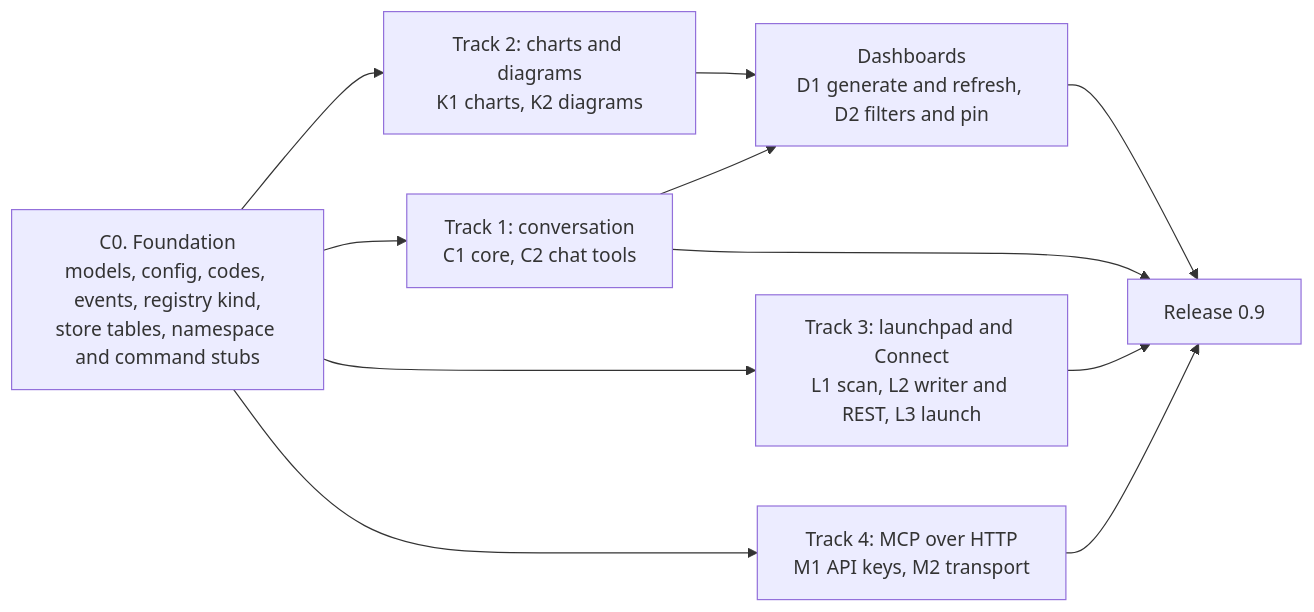
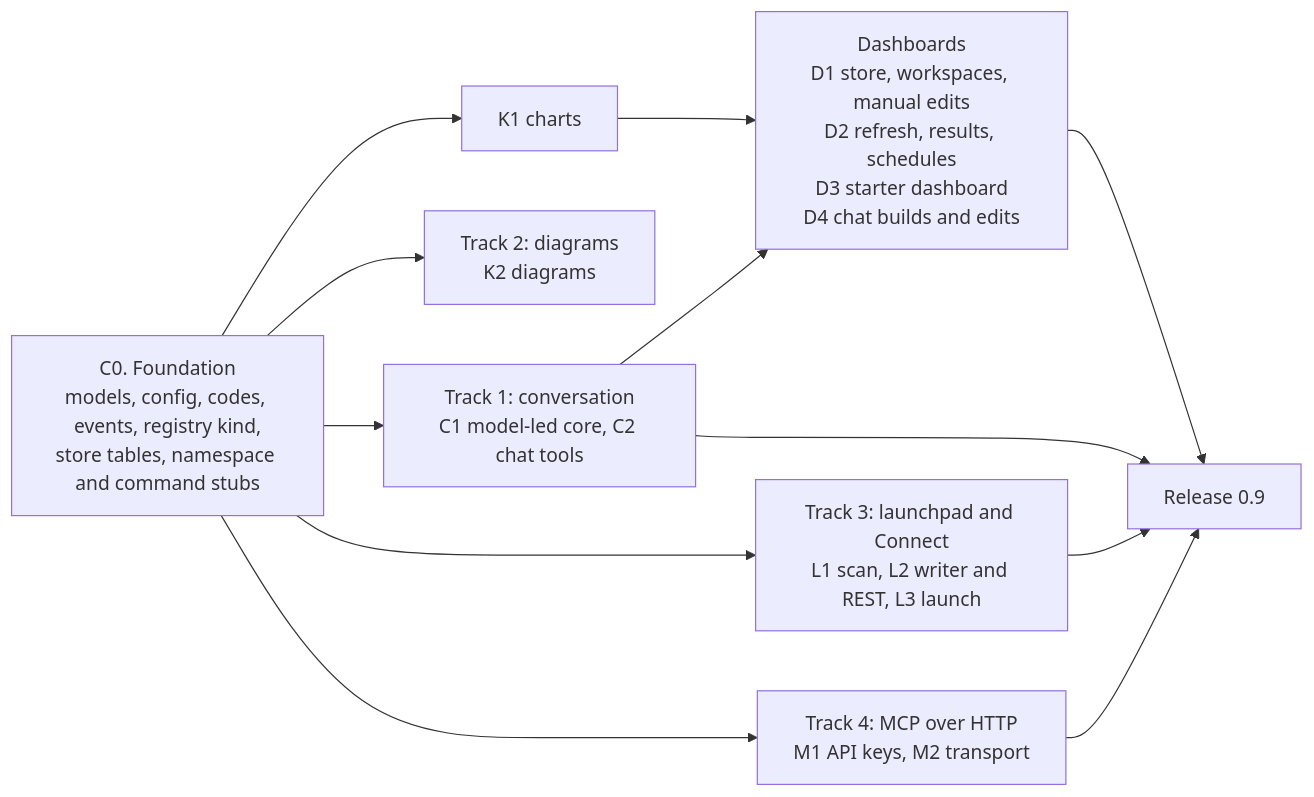
One commit to nadeem4/nl2sql changed the first of 4 diagrams in docs/architecture/wave_c.md. Above: the diagram before and after it, drawn with Mermaid. The commit also changed other lines of this file and 1 other file, not shown here.

First line of the commit message:
docs(wave-c): model-led chat, dashboards pinned whole, workspaces, refresh (#352)

````diff
--- a/docs/architecture/wave_c.md
+++ b/docs/architecture/wave_c.md
@@ -140,14 +181,15 @@
 ```mermaid
 flowchart LR
   C0["C0. Foundation<br/>models, config, codes, events, registry kind,<br/>store tables, namespace and command stubs"]
-  C0 --> T1["Track 1: conversation<br/>C1 core, C2 chat tools"]
-  C0 --> T2["Track 2: charts and diagrams<br/>K1 charts, K2 diagrams"]
+  C0 --> T1["Track 1: conversation<br/>C1 model-led core, C2 chat tools"]
+  C0 --> T2["Track 2: diagrams<br/>K2 diagrams"]
+  C0 --> K1n["K1 charts"]
   C0 --> T3["Track 3: launchpad and Connect<br/>L1 scan, L2 writer and REST, L3 launch"]
   C0 --> T4["Track 4: MCP over HTTP<br/>M1 API keys, M2 transport"]
-  T2 --> D["Dashboards<br/>D1 generate and refresh, D2 filters and pin"]
+  K1n --> D["Dashboards<br/>D1 store, workspaces, manual edits<br/>D2 refresh, results, schedules<br/>D3 starter dashboard<br/>D4 chat builds and edits"]
   T1 --> D
   D --> REL["Release 0.9"]
   T1 --> REL
   T3 --> REL
   T4 --> REL
 ```
````
